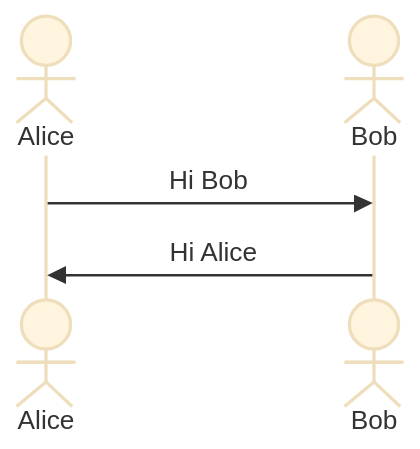
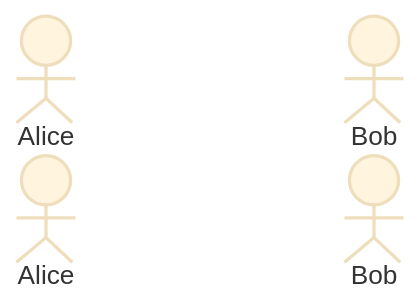
The diagram in docs/day3-4.md (kemjensak/isaac_sim_tutorial), drawn with Mermaid (base theme) before and after one commit. The commit also changed other lines of this file, not shown here.

Commit message:
docs/day3-4.md updated from https://stackedit.io/

````diff
--- a/docs/day3-4.md
+++ b/docs/day3-4.md
@@ -121,7 +121,6 @@
 ```mermaid 
-sequenceDiagram  
- actor  Alice  
- actor  Bob  
- Alice->>Bob: Hi Bob  
- Bob->>Alice: Hi Alice
+sequenceDiagram 
+actor Alice
+actor Bob
+
 ```
````
